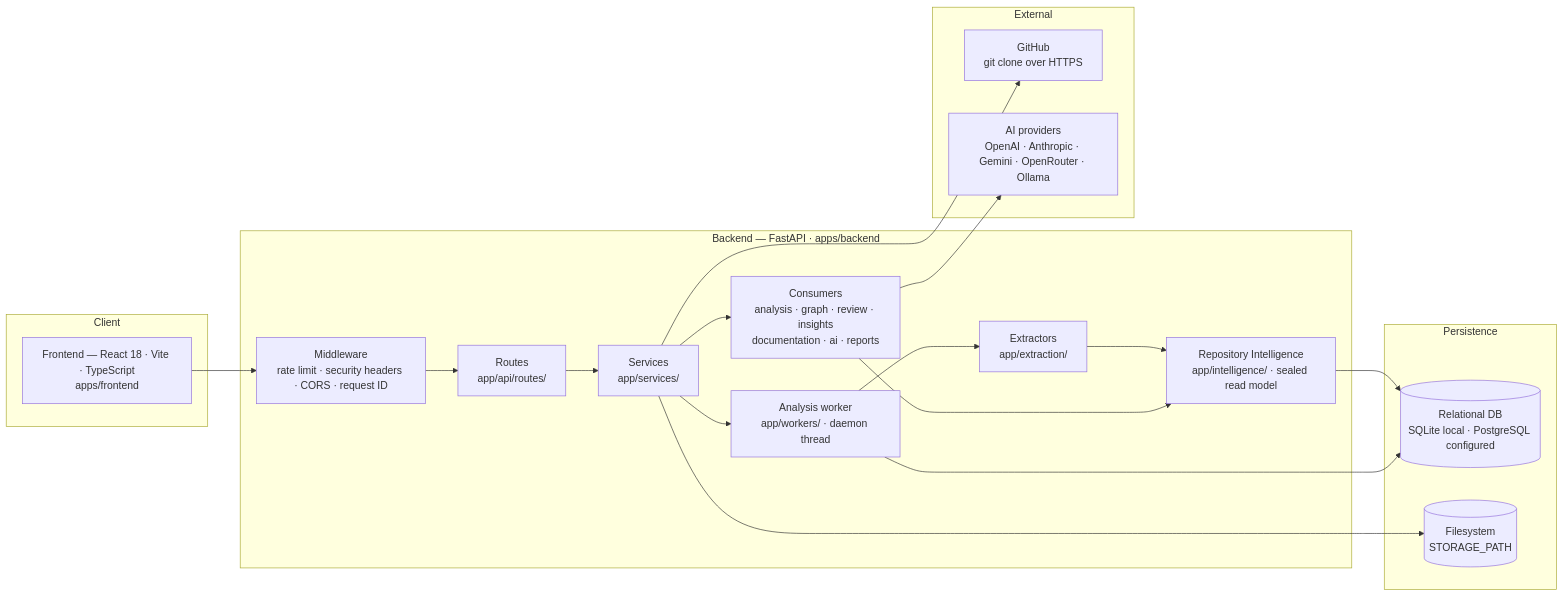
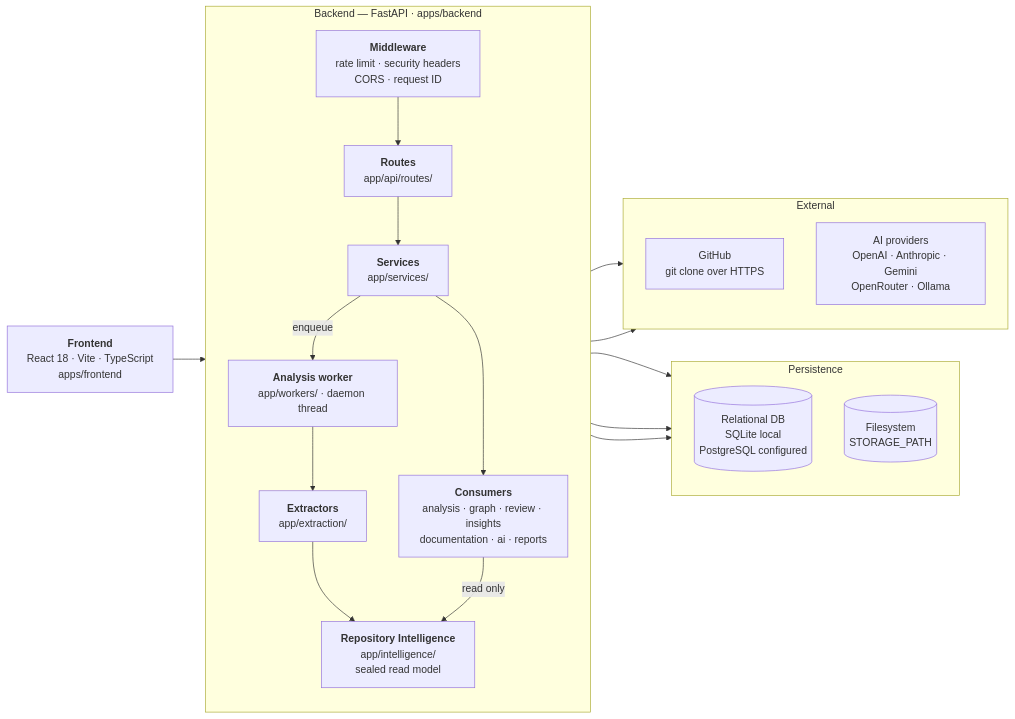
One commit to Second-Origin/PARTHA changed the first of 4 diagrams in docs/architecture/SYSTEM_OVERVIEW.md. Above: the diagram before and after it, drawn with Mermaid. The commit also changed other lines of this file and 5 other files, not shown here.

First line of the commit message:
docs: complete the endpoint surface, disclose retention to testers, improve diagram layout

````diff
--- a/docs/architecture/SYSTEM_OVERVIEW.md
+++ b/docs/architecture/SYSTEM_OVERVIEW.md
@@ -16,37 +16,40 @@
 ```mermaid
 flowchart LR
-    subgraph Client
-        UI["Frontend — React 18 · Vite · TypeScript<br/>apps/frontend"]
+    UI["<b>Frontend</b><br/>React 18 · Vite · TypeScript<br/>apps/frontend"]
+
+    subgraph Server["Backend — FastAPI · apps/backend"]
+        direction TB
+        MW["<b>Middleware</b><br/>rate limit · security headers<br/>CORS · request ID"]
+        Routes["<b>Routes</b><br/>app/api/routes/"]
+        Services["<b>Services</b><br/>app/services/"]
+        Worker["<b>Analysis worker</b><br/>app/workers/ · daemon thread"]
+        Extract["<b>Extractors</b><br/>app/extraction/"]
+        RI["<b>Repository Intelligence</b><br/>app/intelligence/<br/>sealed read model"]
+        Consumers["<b>Consumers</b><br/>analysis · graph · review · insights<br/>documentation · ai · reports"]
+
+        MW --> Routes --> Services
+        Services -->|"enqueue"| Worker
+        Worker --> Extract --> RI
+        Services --> Consumers
+        Consumers -->|"read only"| RI
     end
 
-    subgraph Server["Backend — FastAPI · apps/backend"]
-        MW["Middleware<br/>rate limit · security headers · CORS · request ID"]
-        Routes["Routes<br/>app/api/routes/"]
-        Services["Services<br/>app/services/"]
-        Worker["Analysis worker<br/>app/workers/ · daemon thread"]
-        Extract["Extractors<br/>app/extraction/"]
-        RI["Repository Intelligence<br/>app/intelligence/ · sealed read model"]
-        Consumers["Consumers<br/>analysis · graph · review · insights<br/>documentation · ai · reports"]
-    end
-
-    subgraph Persistence
-        DB[("Relational DB<br/>SQLite local · PostgreSQL configured")]
+    subgraph Store["Persistence"]
+        direction TB
+        DB[("Relational DB<br/>SQLite local<br/>PostgreSQL configured")]
         Disk[("Filesystem<br/>STORAGE_PATH")]
     end
 
-    subgraph External
+    subgraph Ext["External"]
+        direction TB
         GH["GitHub<br/>git clone over HTTPS"]
-        LLM["AI providers<br/>OpenAI · Anthropic · Gemini · OpenRouter · Ollama"]
+        LLM["AI providers<br/>OpenAI · Anthropic · Gemini<br/>OpenRouter · Ollama"]
     end
 
-    UI --> MW --> Routes --> Services
-    Services --> Consumers
-    Services --> Worker
-    Worker --> Extract --> RI
-    Consumers --> RI
+    UI --> MW
     RI --> DB
     Worker --> DB
     Services --> Disk
     Services --> GH
     Consumers --> LLM
 ```
````
